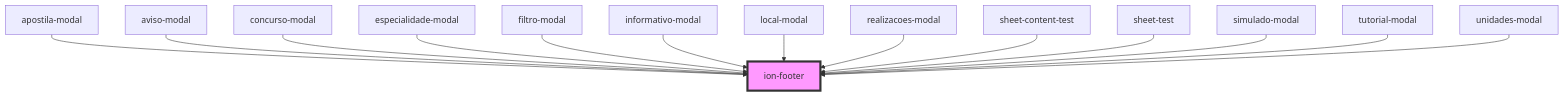
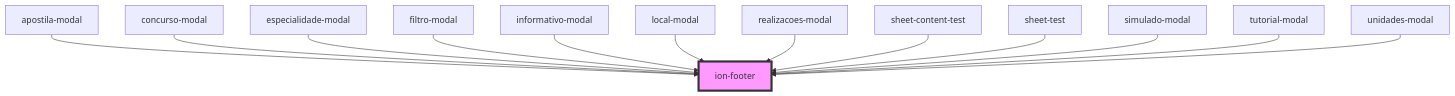
One commit to MEDGRUPOGIT/ionic-framework-1 changed the diagram in core/src/components/footer/readme.md. Above: the diagram before and after it, drawn with Mermaid. The commit also changed other lines of this file and 11 other files, not shown here.

Commit message:
migração simulados modal aviso

````diff
--- a/core/src/components/footer/readme.md
+++ b/core/src/components/footer/readme.md
@@ -149,17 +148,16 @@
 ```mermaid
 graph TD;
   apostila-modal --> ion-footer
-  aviso-modal --> ion-footer
   concurso-modal --> ion-footer
   especialidade-modal --> ion-footer
   filtro-modal --> ion-footer
   informativo-modal --> ion-footer
   local-modal --> ion-footer
   realizacoes-modal --> ion-footer
   sheet-content-test --> ion-footer
   sheet-test --> ion-footer
   simulado-modal --> ion-footer
   tutorial-modal --> ion-footer
   unidades-modal --> ion-footer
   style ion-footer fill:#f9f,stroke:#333,stroke-width:4px
 ```
````
